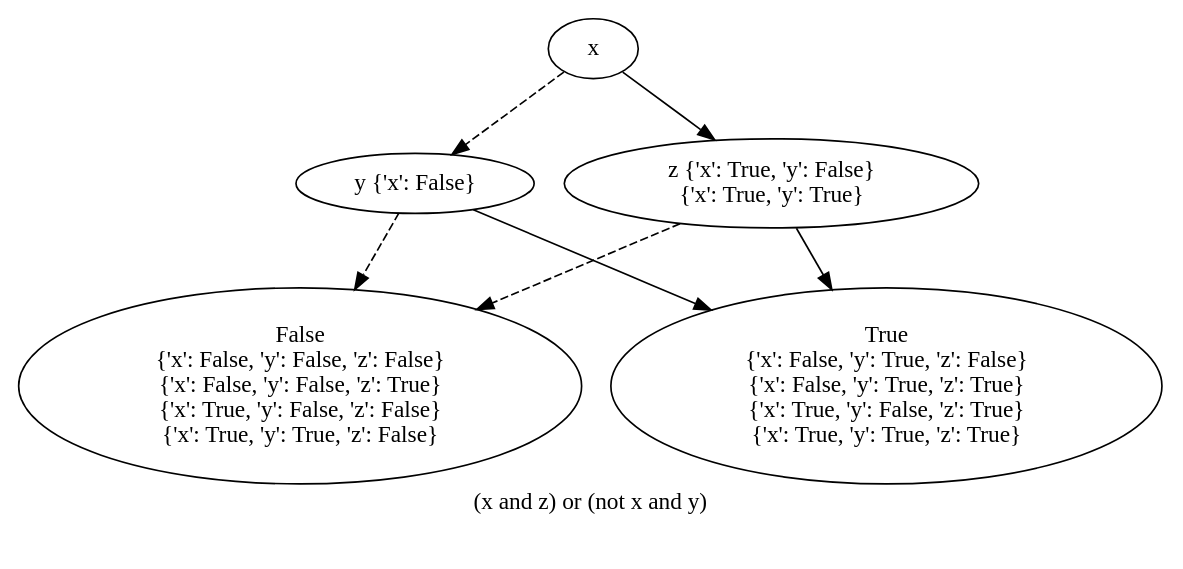
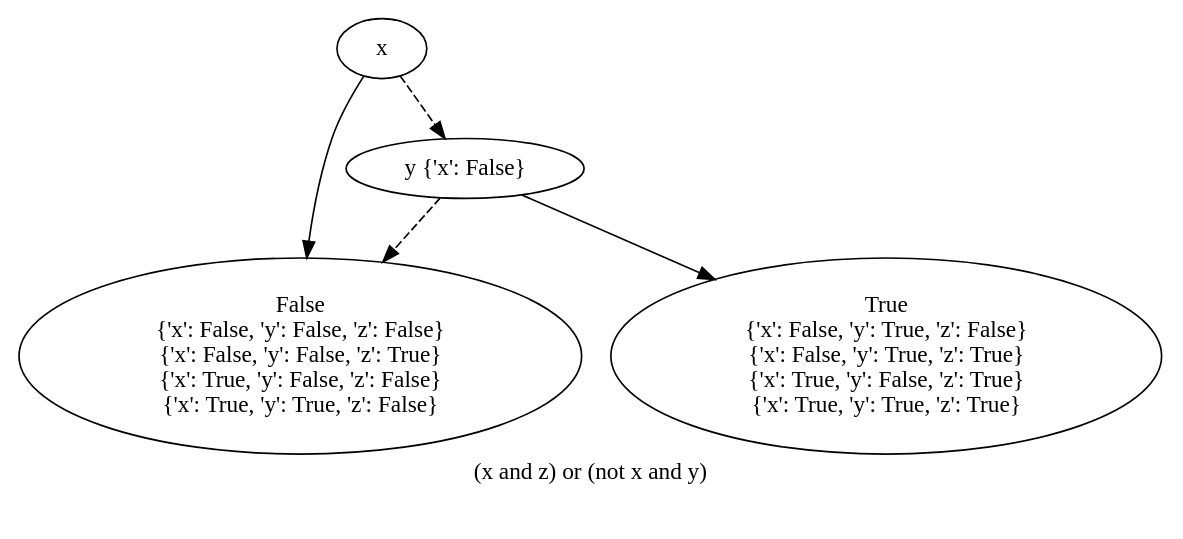
The diagram in out/bdd_uo_1.dot (O1ez/IncreasingResilienceOfAutomatedVehicles), drawn with Graphviz before and after one commit. The commit also changed 20 other files, not shown here.

```diff
--- a/out/bdd_uo_1.dot
+++ b/out/bdd_uo_1.dot
@@ -1,32 +1,23 @@
 digraph{
 label="(x and z) or (not x and y)\n\n"
-2889593922064[label=x]2889590208848[label="y {'x': False}"]
-2889593922064 -> 2889590208848[style=dashed]
-2889594667424[label="False
+1889826362576[label=x]1889826362320[label="y {'x': False}"]
+1889826362576 -> 1889826362320[style=dashed]
+1889826362064[label="False
 {'x': False, 'y': False, 'z': False}
 {'x': False, 'y': False, 'z': True}
 {'x': True, 'y': False, 'z': False}
 {'x': True, 'y': True, 'z': False}"]
-2889590208848 -> 2889594667424[style=dashed]
-2889593923344[label="True
+1889826362320 -> 1889826362064[style=dashed]
+1889826361296[label="True
 {'x': False, 'y': True, 'z': False}
 {'x': False, 'y': True, 'z': True}
 {'x': True, 'y': False, 'z': True}
 {'x': True, 'y': True, 'z': True}"]
-2889590208848 -> 2889593923344
-2889593695088[label="z {'x': True, 'y': False}
-{'x': True, 'y': True}"]
-2889593922064 -> 2889593695088
-2889594667424[label="False
+1889826362320 -> 1889826361296
+1889826362064[label="False
 {'x': False, 'y': False, 'z': False}
 {'x': False, 'y': False, 'z': True}
 {'x': True, 'y': False, 'z': False}
 {'x': True, 'y': True, 'z': False}"]
-2889593695088 -> 2889594667424[style=dashed]
-2889593923344[label="True
-{'x': False, 'y': True, 'z': False}
-{'x': False, 'y': True, 'z': True}
-{'x': True, 'y': False, 'z': True}
-{'x': True, 'y': True, 'z': True}"]
-2889593695088 -> 2889593923344
+1889826362576 -> 1889826362064
 }
```
